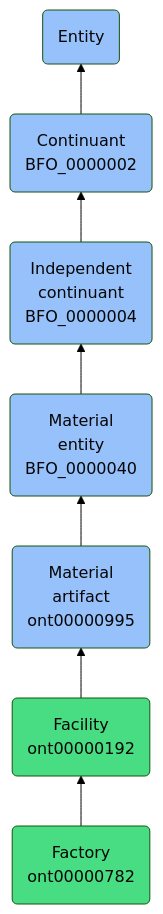
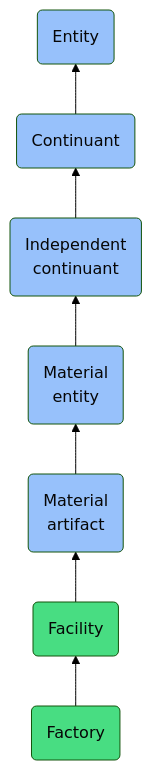
The diagram in docs/ontology/reference/model/Entity/Continuant/Independent continuant/Material entity/Material artifact/Facility/Factory/Factory.md (jupyter-naas/abi), drawn with Mermaid (forest theme) before and after one commit. The commit also changed other lines of this file and 1430 other files, not shown here.

````diff
--- a/docs/ontology/reference/model/Entity/Continuant/Independent continuant/Material entity/Material artifact/Facility/Factory/Factory.md
+++ b/docs/ontology/reference/model/Entity/Continuant/Independent continuant/Material entity/Material artifact/Facility/Factory/Factory.md
@@ -24,14 +24,14 @@
 ```mermaid
 graph BT
-    ont00000782(Factory<br>ont00000782):::ABI-->ont00000192
-    ont00000192(Facility<br>ont00000192):::ABI-->ont00000995
-    ont00000995(Material<br>artifact<br>ont00000995):::BFO-->BFO_0000040
-    BFO_0000040(Material<br>entity<br>BFO_0000040):::BFO-->BFO_0000004
-    BFO_0000004(Independent<br>continuant<br>BFO_0000004):::BFO-->BFO_0000002
-    BFO_0000002(Continuant<br>BFO_0000002):::BFO-->BFO_0000001
+    ont00000782(Factory):::ABI-->ont00000192
+    ont00000192(Facility):::ABI-->ont00000995
+    ont00000995(Material<br>artifact):::BFO-->BFO_0000040
+    BFO_0000040(Material<br>entity):::BFO-->BFO_0000004
+    BFO_0000004(Independent<br>continuant):::BFO-->BFO_0000002
+    BFO_0000002(Continuant):::BFO-->BFO_0000001
     BFO_0000001(Entity):::BFO
     
     classDef BFO fill:#97c1fb,color:#060606
     classDef CCO fill:#e4c51e,color:#060606
     classDef ABI fill:#48DD82,color:#060606
 ```
````
